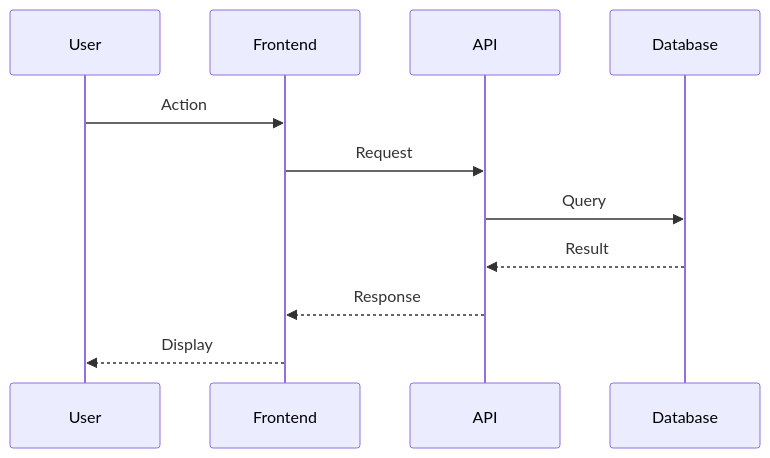
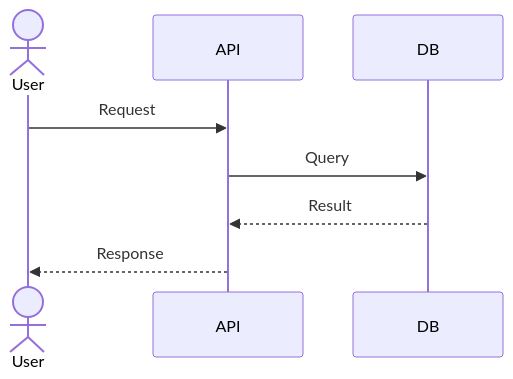
The second of 10 diagrams in canvas/references/diagram-templates.md (belinwu/simota-skills), drawn with Mermaid before and after one commit. The commit also changed other lines of this file and 13 other files, not shown here.

````diff
--- a/canvas/references/diagram-templates.md
+++ b/canvas/references/diagram-templates.md
@@ -59,14 +37,10 @@
 ```mermaid
 sequenceDiagram
-    participant U as User
-    participant F as Frontend
-    participant A as API
-    participant D as Database
-
-    U->>F: Action
-    F->>A: Request
-    A->>D: Query
-    D-->>A: Result
-    A-->>F: Response
-    F-->>U: Display
+    actor User
+    participant API
+    participant DB
+    User->>API: Request
+    API->>DB: Query
+    DB-->>API: Result
+    API-->>User: Response
 ```
````
